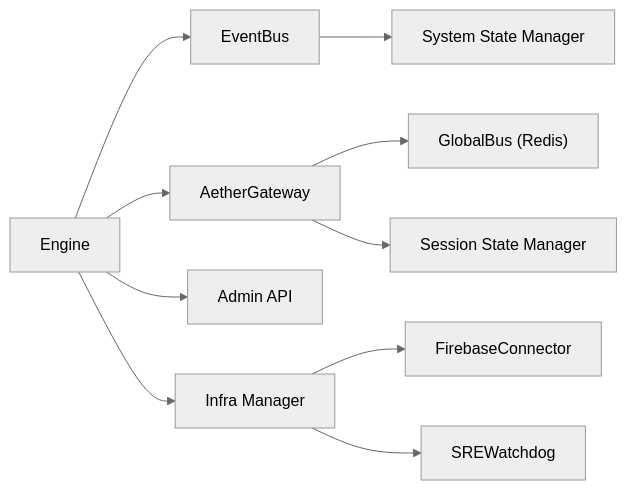
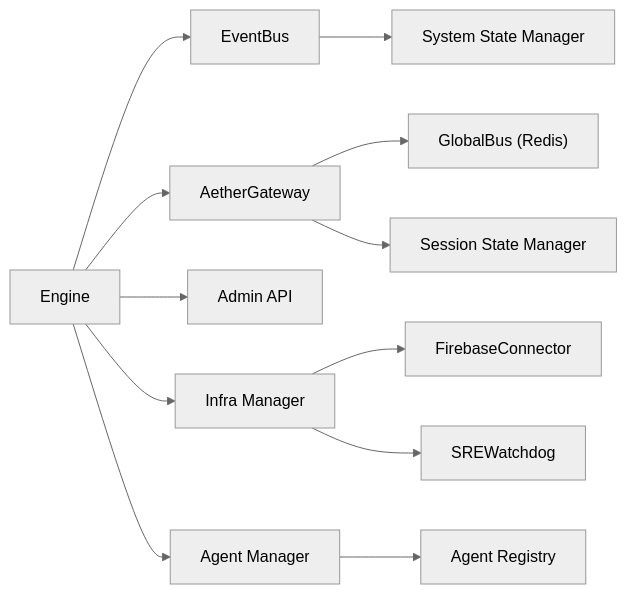
One commit to Moeabdelaziz007/Aether-Voice-OS changed diagram 14 of 14 in .qoder/repowiki/en/content/Infrastructure and Services/Infrastructure and Services.md. Above: the diagram before and after it, drawn with Mermaid (neutral theme). The commit also changed other lines of this file and 29 other files, not shown here.

````diff
--- a/.qoder/repowiki/en/content/Infrastructure and Services/Infrastructure and Services.md
+++ b/.qoder/repowiki/en/content/Infrastructure and Services/Infrastructure and Services.md
@@ -454,12 +614,14 @@
 ```mermaid
 graph LR
 Engine["Engine"] --> EventBus["EventBus"]
 Engine --> Gateway["AetherGateway"]
 Engine --> Admin["Admin API"]
 Engine --> Infra["Infra Manager"]
-Infra --> Firebase["FirebaseConnector"]
-Infra --> Watchdog["SREWatchdog"]
+Engine --> AgentMgr["Agent Manager"]
 Gateway --> GlobalBus["GlobalBus (Redis)"]
 Gateway --> SessionState["Session State Manager"]
 EventBus --> SystemState["System State Manager"]
+AgentMgr --> AgentRegistry["Agent Registry"]
+Infra --> Firebase["FirebaseConnector"]
+Infra --> Watchdog["SREWatchdog"]
 ```
````
